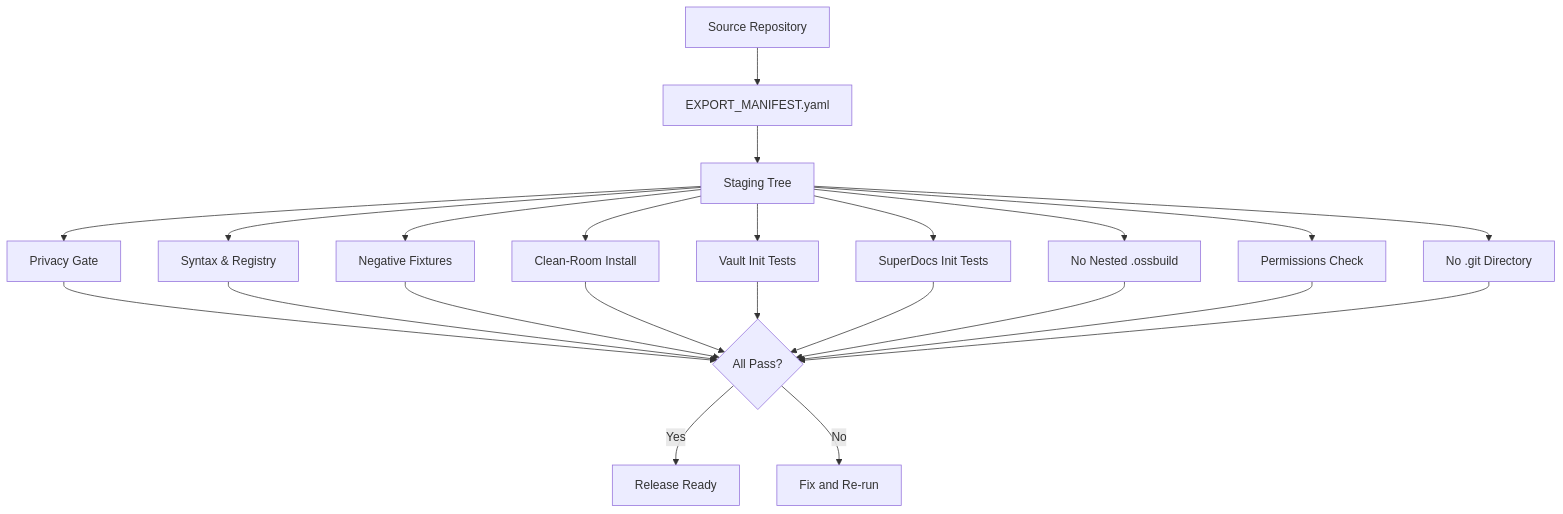
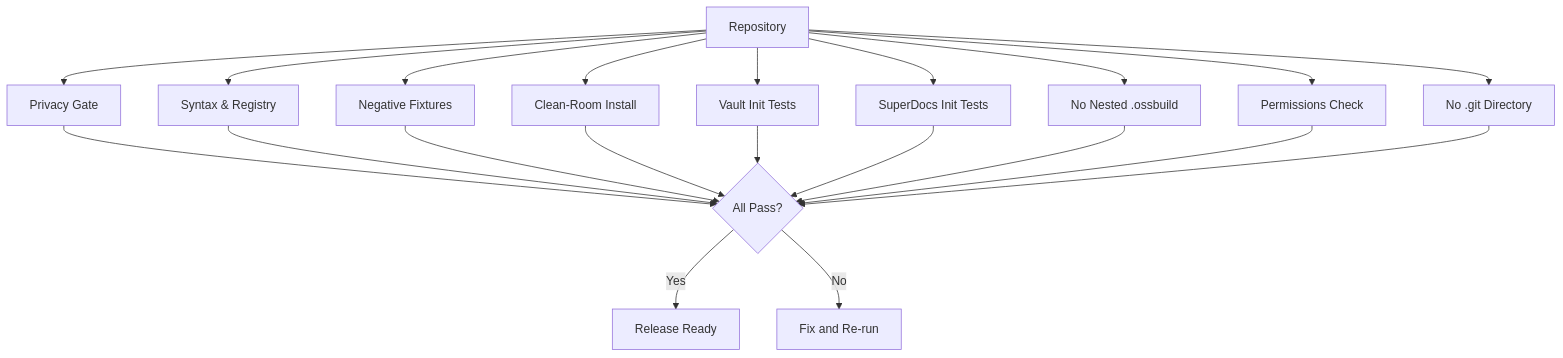
Before and after one commit to floridaKG/AgentOS-by-RegimeLab: the diagram in droid-wiki/systems/gates-and-release.md, drawn with Mermaid. The commit also changed other lines of this file and 16 other files, not shown here.

Commit message:
OSS launch readiness: RTK auto-install, Droid BYOK disclaimers, license fix, AGENTS.md safety rules, staging elimination, doc cleanup

````diff
--- a/droid-wiki/systems/gates-and-release.md
+++ b/droid-wiki/systems/gates-and-release.md
@@ -25,25 +25,23 @@
 ```mermaid
 flowchart TD
-    A[Source Repository] --> B[EXPORT_MANIFEST.yaml]
-    B --> C[Staging Tree]
-    C --> D[Privacy Gate]
-    C --> E[Syntax & Registry]
-    C --> F[Negative Fixtures]
-    C --> G[Clean-Room Install]
-    C --> H[Vault Init Tests]
-    C --> I[SuperDocs Init Tests]
-    C --> J[No Nested .ossbuild]
-    C --> K[Permissions Check]
-    C --> L[No .git Directory]
-    D --> M{All Pass?}
-    E --> M
-    F --> M
-    G --> M
-    H --> M
-    I --> M
-    J --> M
-    K --> M
-    L --> M
-    M -->|Yes| N[Release Ready]
-    M -->|No| O[Fix and Re-run]
+    A[Repository] --> B[Privacy Gate]
+    A --> C[Syntax & Registry]
+    A --> D[Negative Fixtures]
+    A --> E[Clean-Room Install]
+    A --> F[Vault Init Tests]
+    A --> G[SuperDocs Init Tests]
+    A --> H[No Nested .ossbuild]
+    A --> I[Permissions Check]
+    A --> J[No .git Directory]
+    B --> K{All Pass?}
+    C --> K
+    D --> K
+    E --> K
+    F --> K
+    G --> K
+    H --> K
+    I --> K
+    J --> K
+    K -->|Yes| L[Release Ready]
+    K -->|No| M[Fix and Re-run]
 ```
````
